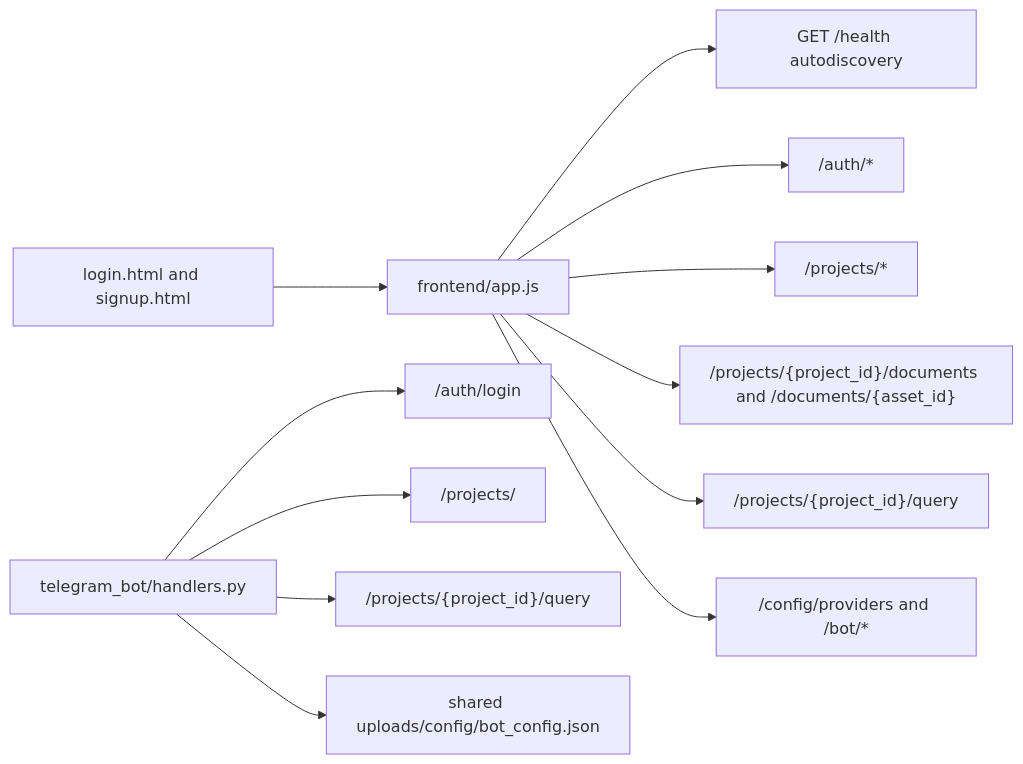
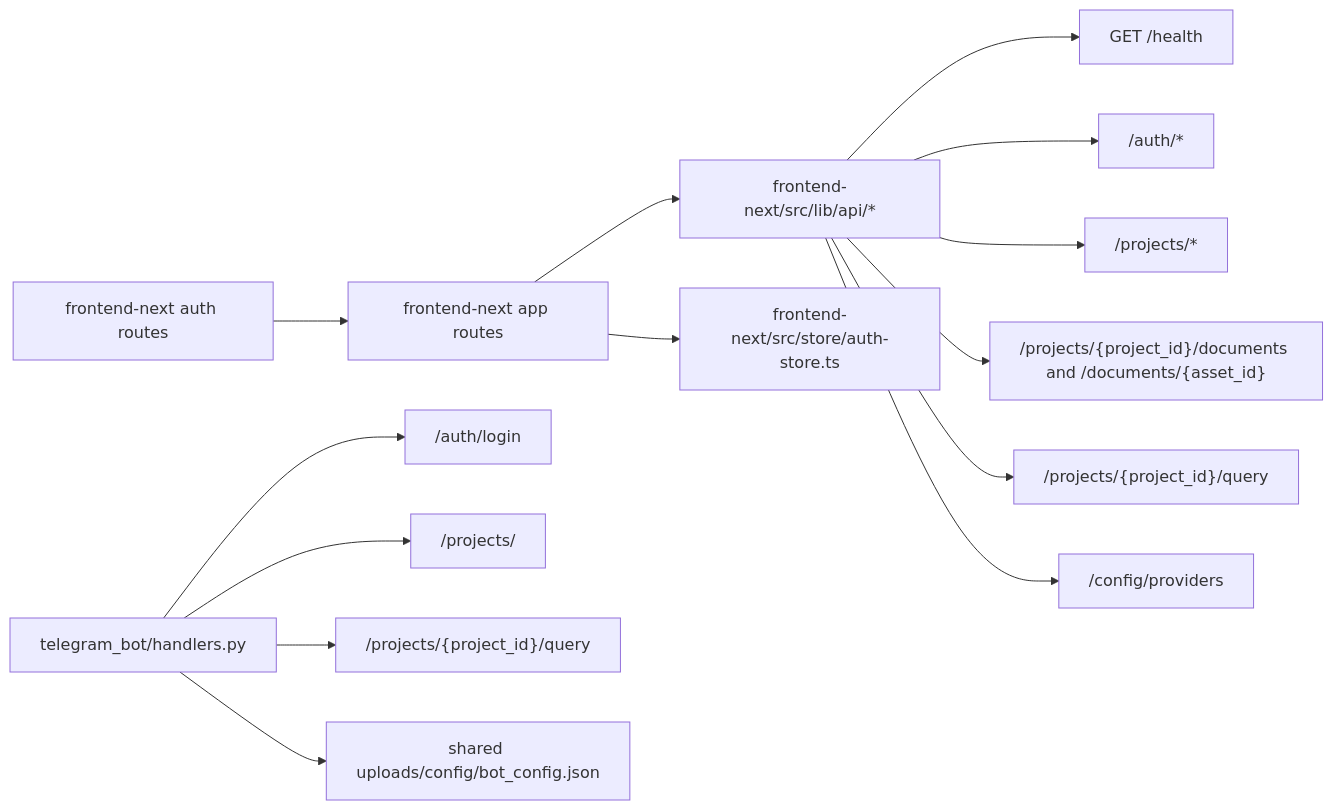
One commit to SaeedNeamtallah/answerly changed the fifth of 5 diagrams in docs/project-graph.md. Above: the diagram before and after it, drawn with Mermaid. The commit also changed other lines of this file and 155 other files, not shown here.

````diff
--- a/docs/project-graph.md
+++ b/docs/project-graph.md
@@ -127,14 +127,16 @@
 ```mermaid
 flowchart LR
-  Login["login.html and signup.html"] --> App["frontend/app.js"]
-  App --> Health["GET /health autodiscovery"]
-  App --> Auth["/auth/*"]
-  App --> Projects["/projects/*"]
-  App --> Documents["/projects/{project_id}/documents and /documents/{asset_id}"]
-  App --> Query["/projects/{project_id}/query"]
-  App --> Config["/config/providers and /bot/*"]
+  Login["frontend-next auth routes"] --> App["frontend-next app routes"]
+  App --> ApiClient["frontend-next/src/lib/api/*"]
+  ApiClient --> Health["GET /health"]
+  ApiClient --> Auth["/auth/*"]
+  ApiClient --> Projects["/projects/*"]
+  ApiClient --> Documents["/projects/{project_id}/documents and /documents/{asset_id}"]
+  ApiClient --> Query["/projects/{project_id}/query"]
+  ApiClient --> Config["/config/providers"]
+  App --> Store["frontend-next/src/store/auth-store.ts"]
   Bot["telegram_bot/handlers.py"] --> BotLogin["/auth/login"]
   Bot --> BotProjects["/projects/"]
   Bot --> BotQuery["/projects/{project_id}/query"]
   Bot --> BotConfig["shared uploads/config/bot_config.json"]
 ```
````
